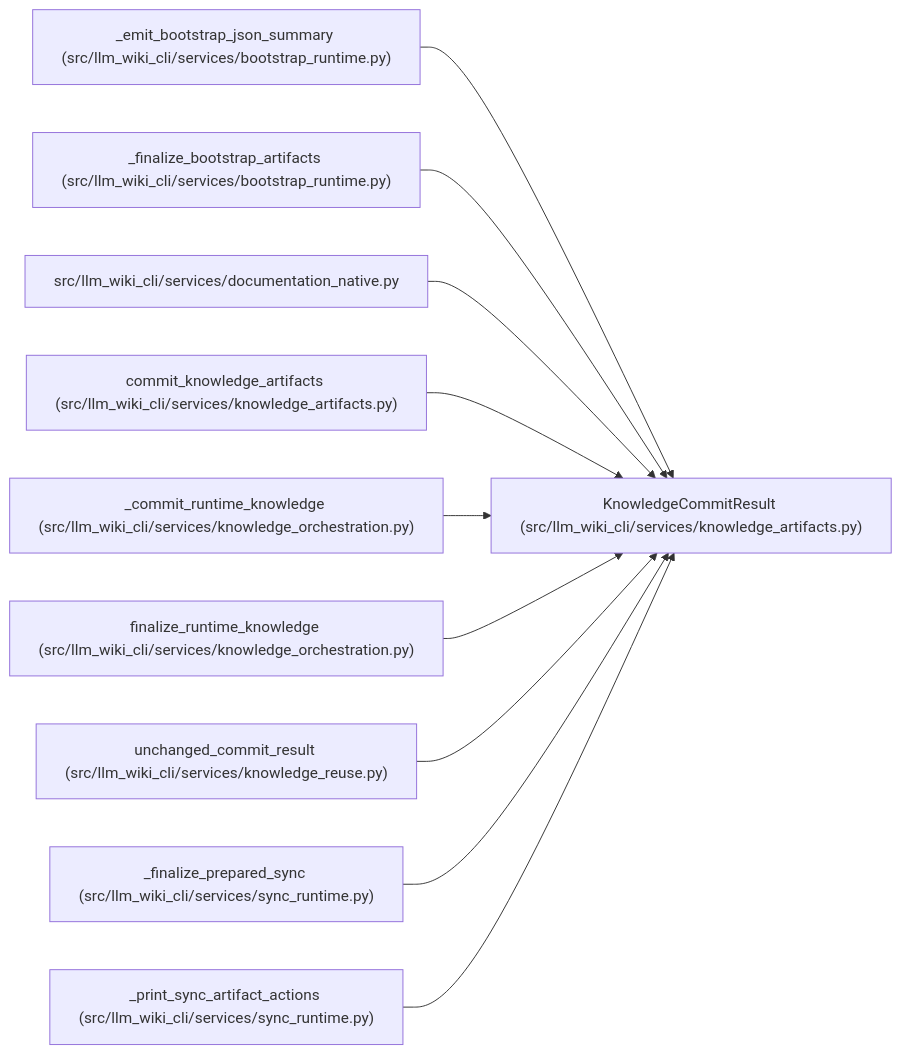
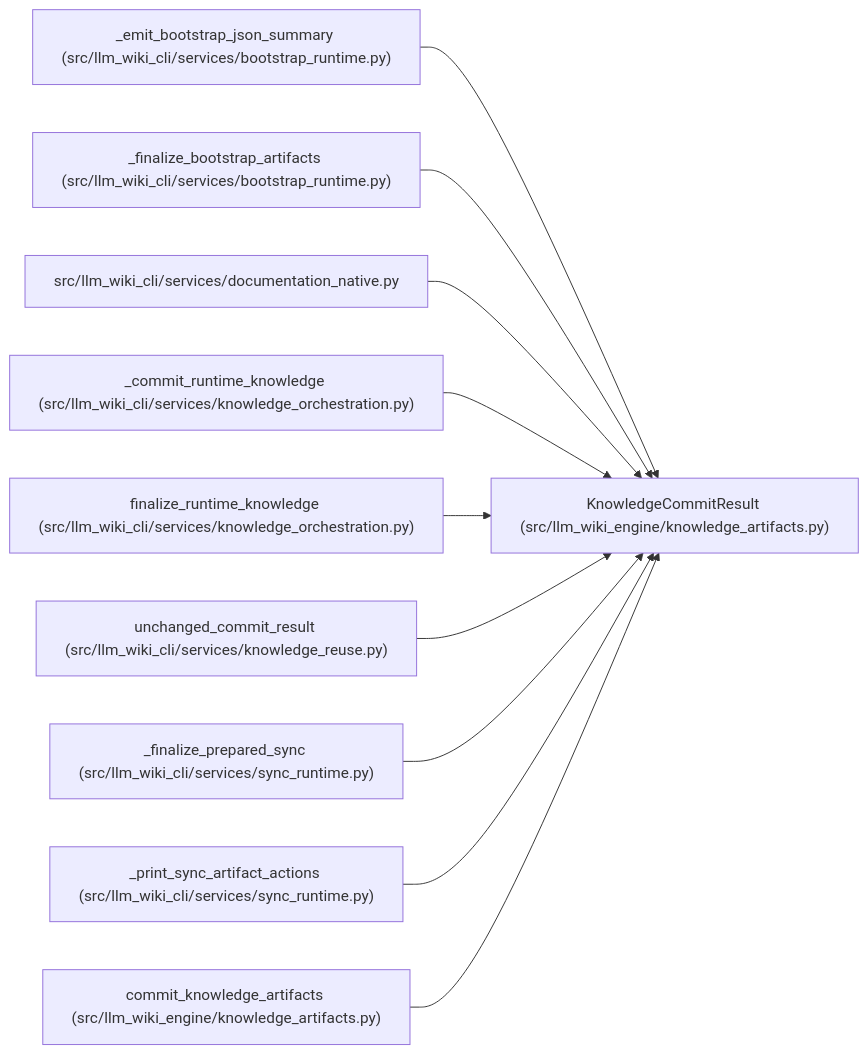
Before and after one commit to Denissvgn/python-wiki-llm: the diagram in docs/llm_wiki/entities/KnowledgeCommitResult.md, drawn with Mermaid. The commit also changed other lines of this file and 1058 other files, not shown here.

First line of the commit message:
docs: refresh the wiki for the knowledge store move

````diff
--- a/docs/llm_wiki/entities/KnowledgeCommitResult.md
+++ b/docs/llm_wiki/entities/KnowledgeCommitResult.md
@@ -37,32 +37,32 @@
 ```mermaid
 flowchart LR
-    n0["KnowledgeCommitResult (src/llm_wiki_cli/services/knowledge_artifacts.py)"]
+    n0["KnowledgeCommitResult (src/llm_wiki_engine/knowledge_artifacts.py)"]
     n1["_emit_bootstrap_json_summary (src/llm_wiki_cli/services/bootstrap_runtime.py)"]
     n2["_finalize_bootstrap_artifacts (src/llm_wiki_cli/services/bootstrap_runtime.py)"]
     n3["src/llm_wiki_cli/services/documentation_native.py"]
-    n4["commit_knowledge_artifacts (src/llm_wiki_cli/services/knowledge_artifacts.py)"]
-    n5["_commit_runtime_knowledge (src/llm_wiki_cli/services/knowledge_orchestration.py)"]
-    n6["finalize_runtime_knowledge (src/llm_wiki_cli/services/knowledge_orchestration.py)"]
-    n7["unchanged_commit_result (src/llm_wiki_cli/services/knowledge_reuse.py)"]
-    n8["_finalize_prepared_sync (src/llm_wiki_cli/services/sync_runtime.py)"]
-    n9["_print_sync_artifact_actions (src/llm_wiki_cli/services/sync_runtime.py)"]
+    n4["_commit_runtime_knowledge (src/llm_wiki_cli/services/knowledge_orchestration.py)"]
+    n5["finalize_runtime_knowledge (src/llm_wiki_cli/services/knowledge_orchestration.py)"]
+    n6["unchanged_commit_result (src/llm_wiki_cli/services/knowledge_reuse.py)"]
+    n7["_finalize_prepared_sync (src/llm_wiki_cli/services/sync_runtime.py)"]
+    n8["_print_sync_artifact_actions (src/llm_wiki_cli/services/sync_runtime.py)"]
+    n9["commit_knowledge_artifacts (src/llm_wiki_engine/knowledge_artifacts.py)"]
     n1 --> n0
     n2 --> n0
     n3 --> n0
     n4 --> n0
     n5 --> n0
     n6 --> n0
     n7 --> n0
     n8 --> n0
     n9 --> n0
     click n0 "../modules/knowledge_artifacts.md"
     click n1 "../modules/bootstrap_runtime.md"
     click n2 "../modules/bootstrap_runtime.md"
     click n3 "../modules/documentation_native.md"
-    click n4 "../modules/knowledge_artifacts.md"
+    click n4 "../modules/knowledge_orchestration.md"
     click n5 "../modules/knowledge_orchestration.md"
-    click n6 "../modules/knowledge_orchestration.md"
-    click n7 "../modules/knowledge_reuse.md"
+    click n6 "../modules/knowledge_reuse.md"
+    click n7 "../modules/sync_runtime.md"
     click n8 "../modules/sync_runtime.md"
-    click n9 "../modules/sync_runtime.md"
+    click n9 "../modules/knowledge_artifacts.md"
 ```
````
